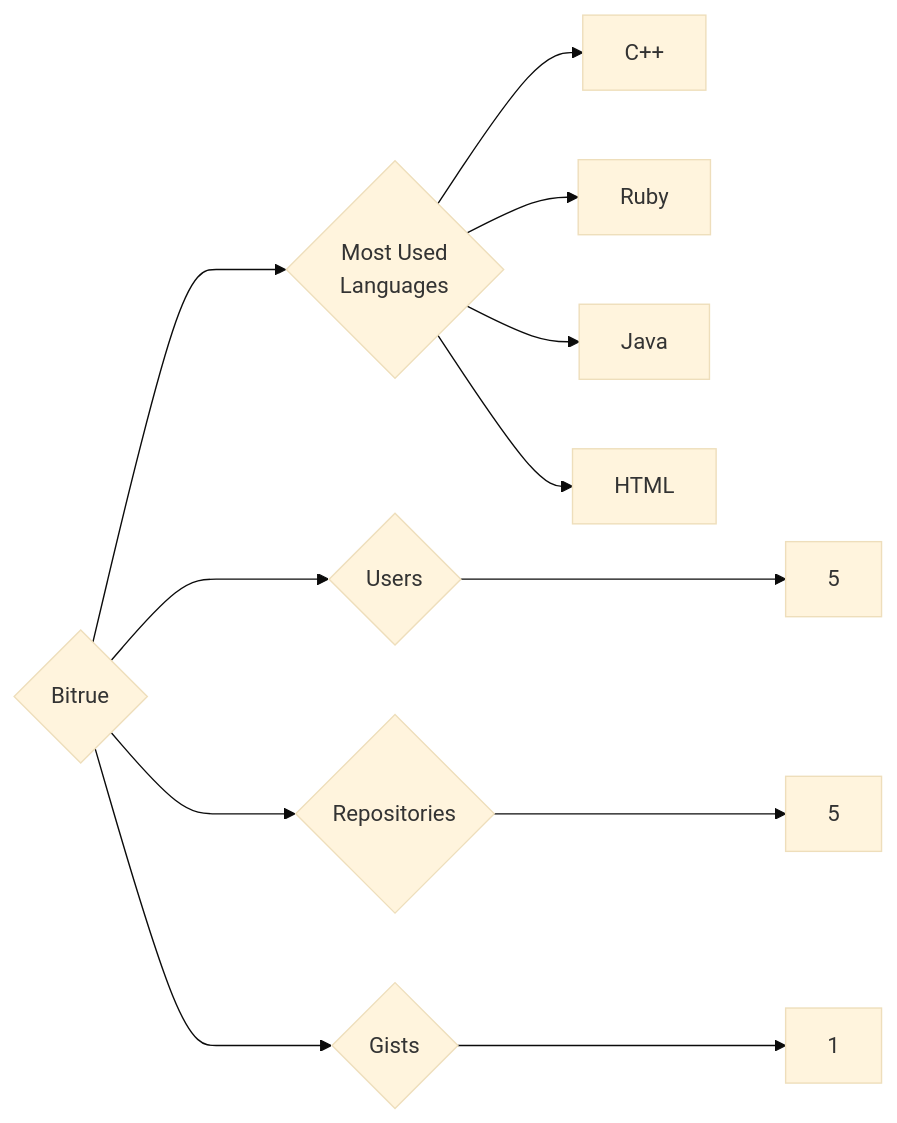
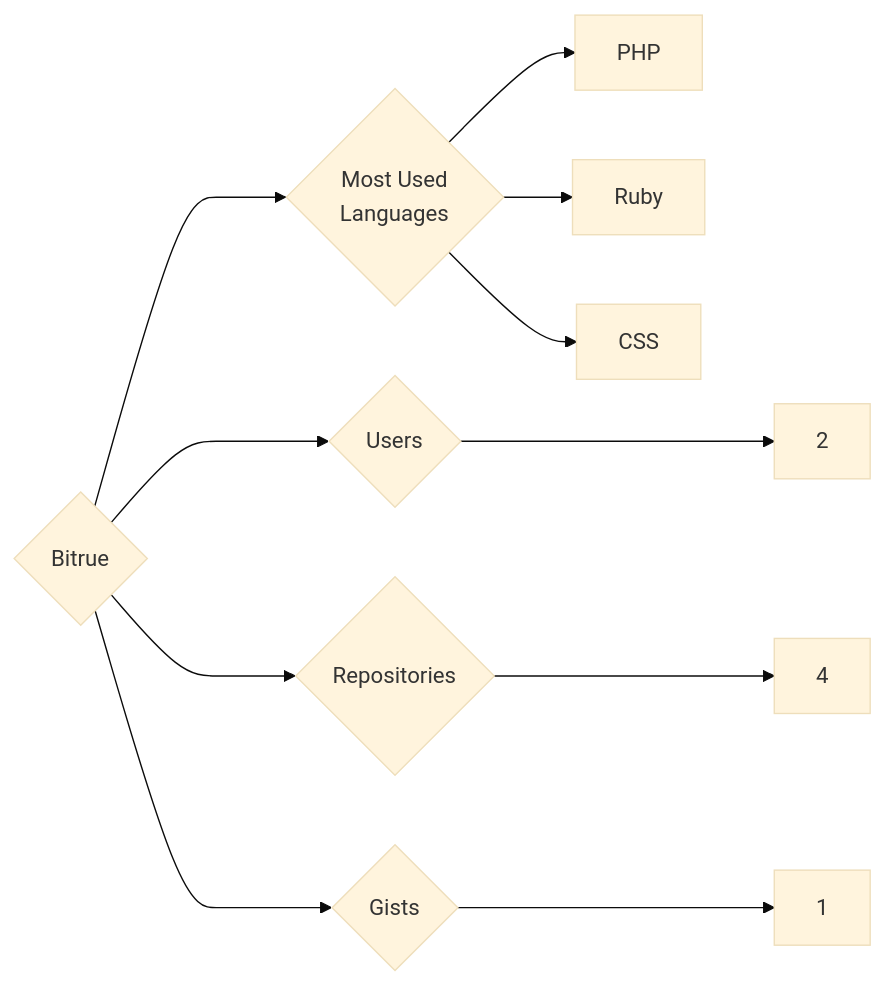
One commit to trickest/insiders changed the diagram in targets/Bitrue/README.md. Above: the diagram before and after it, drawn with Mermaid (base theme). The commit also changed 770 other files, not shown here.

````diff
--- a/targets/Bitrue/README.md
+++ b/targets/Bitrue/README.md
@@ -3,12 +3,11 @@
 ```mermaid
 graph LR
 COMPANY_NAME{Bitrue}
-COMPANY_NAME ---> U{Users} ---> UN[5]
-COMPANY_NAME ---> R{Repositories} ---> RN[5]
+COMPANY_NAME ---> U{Users} ---> UN[2]
+COMPANY_NAME ---> R{Repositories} ---> RN[4]
 COMPANY_NAME ---> G{Gists} ---> GN[1]
 COMPANY_NAME ---> ML{Most Used<br>Languages}
-ML --> C++[C++]
+ML --> PHP[PHP]
 ML --> Ruby[Ruby]
-ML --> Java[Java]
-ML --> HTML[HTML]
+ML --> CSS[CSS]
 ```
````
